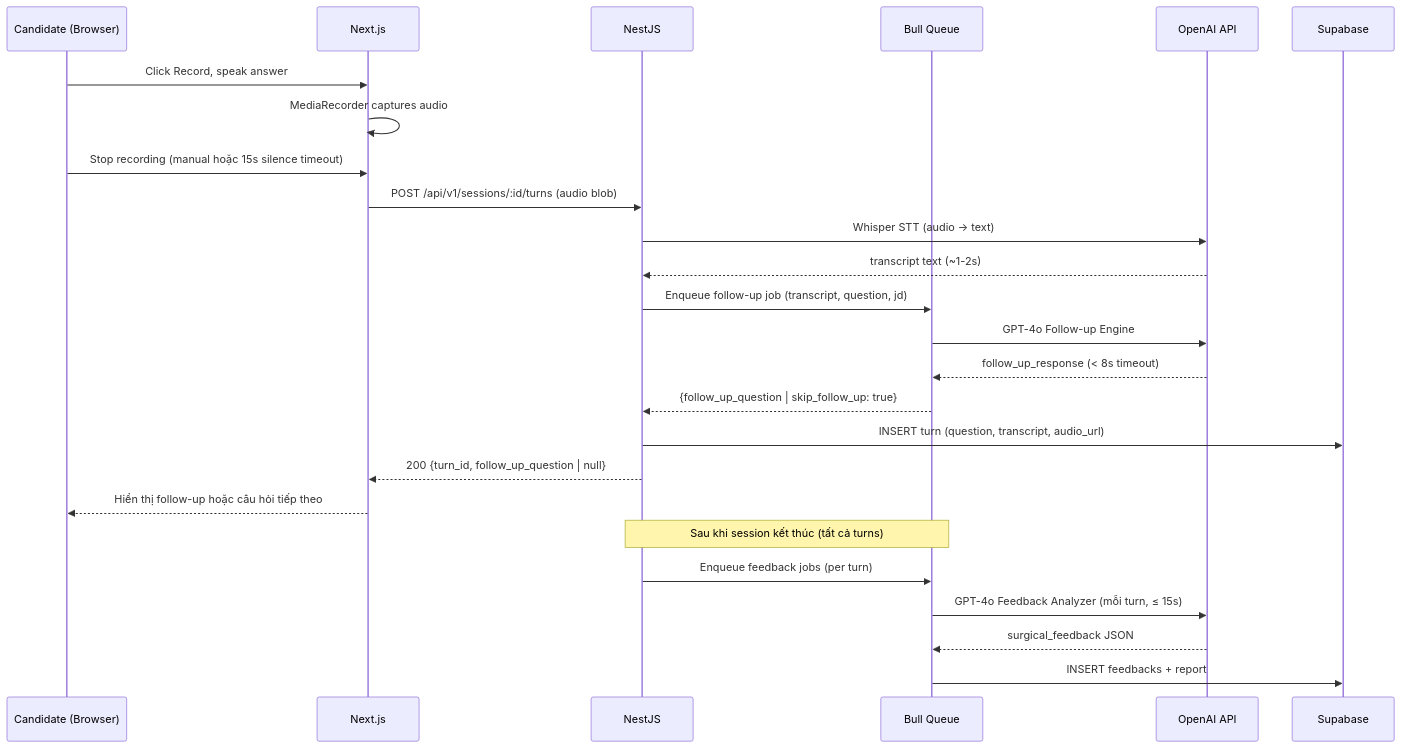
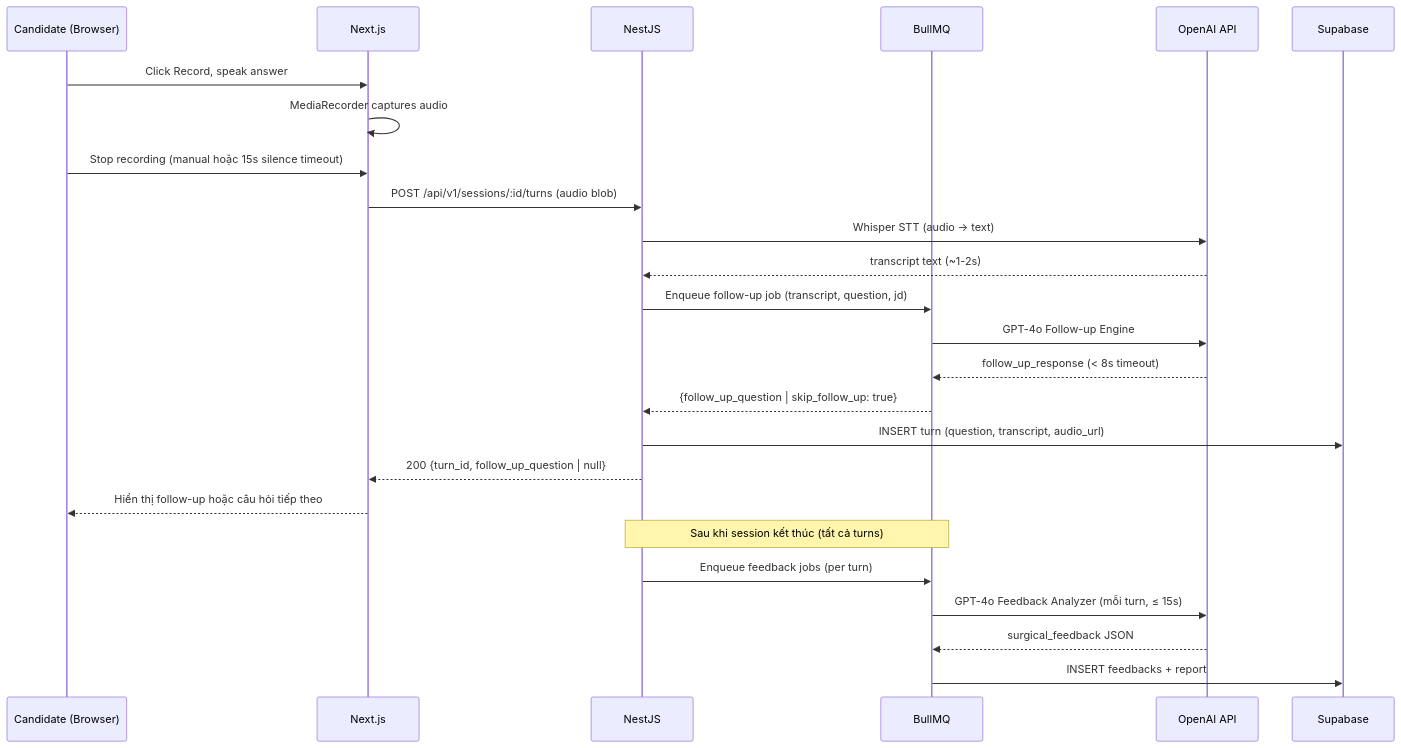
Before and after one commit to lethanhan01/interview-coach: the third of 3 diagrams in docs/Design/ArchitecturalDesign/SAD_InterviewAI_v1.0.md, drawn with Mermaid. The commit also changed other lines of this file and 10 other files, not shown here.

````diff
--- a/docs/Design/ArchitecturalDesign/SAD_InterviewAI_v1.0.md
+++ b/docs/Design/ArchitecturalDesign/SAD_InterviewAI_v1.0.md
@@ -108,29 +108,29 @@
 ```mermaid
 sequenceDiagram
     participant C as Candidate (Browser)
     participant W as Next.js
     participant N as NestJS
-    participant Q as Bull Queue
+    participant Q as BullMQ
     participant O as OpenAI API
     participant S as Supabase
 
     C->>W: Click Record, speak answer
     W->>W: MediaRecorder captures audio
     C->>W: Stop recording (manual hoặc 15s silence timeout)
     W->>N: POST /api/v1/sessions/:id/turns (audio blob)
     N->>O: Whisper STT (audio → text)
     O-->>N: transcript text (~1-2s)
     N->>Q: Enqueue follow-up job (transcript, question, jd)
     Q->>O: GPT-4o Follow-up Engine
     O-->>Q: follow_up_response (< 8s timeout)
     Q-->>N: {follow_up_question | skip_follow_up: true}
     N->>S: INSERT turn (question, transcript, audio_url)
     N-->>W: 200 {turn_id, follow_up_question | null}
     W-->>C: Hiển thị follow-up hoặc câu hỏi tiếp theo
 
     Note over N,Q: Sau khi session kết thúc (tất cả turns)
     N->>Q: Enqueue feedback jobs (per turn)
     Q->>O: GPT-4o Feedback Analyzer (mỗi turn, ≤ 15s)
     O-->>Q: surgical_feedback JSON
     Q->>S: INSERT feedbacks + report
 ```
````
